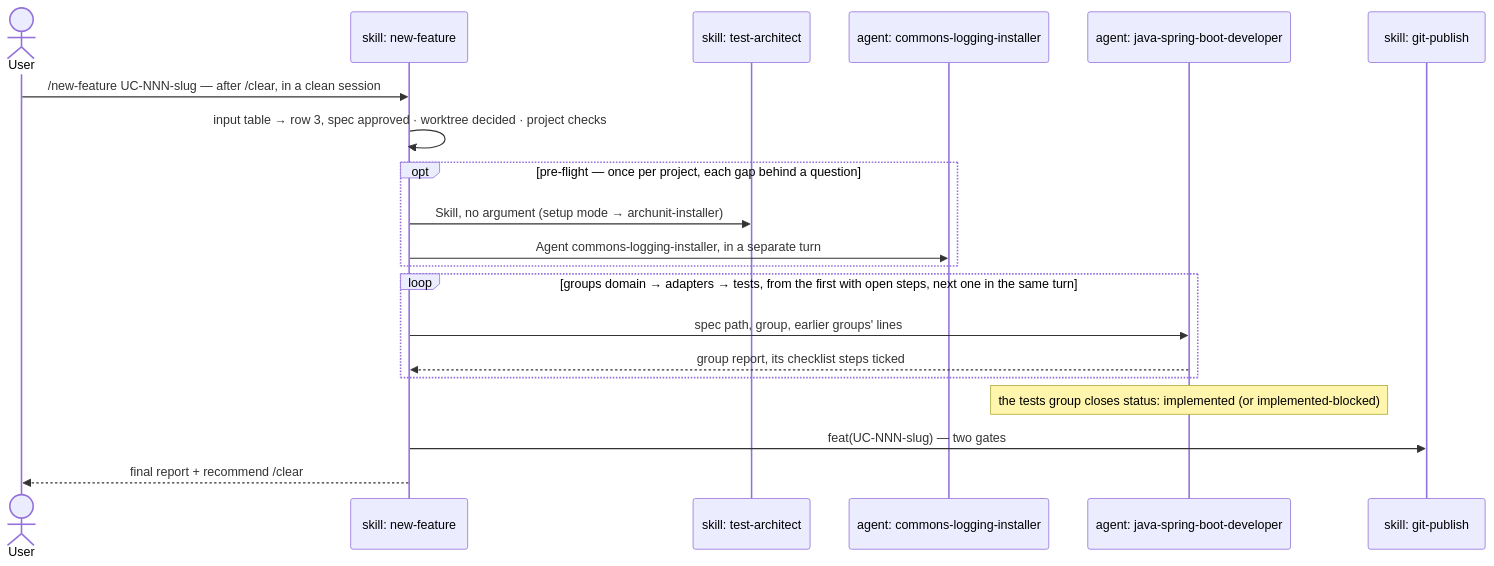
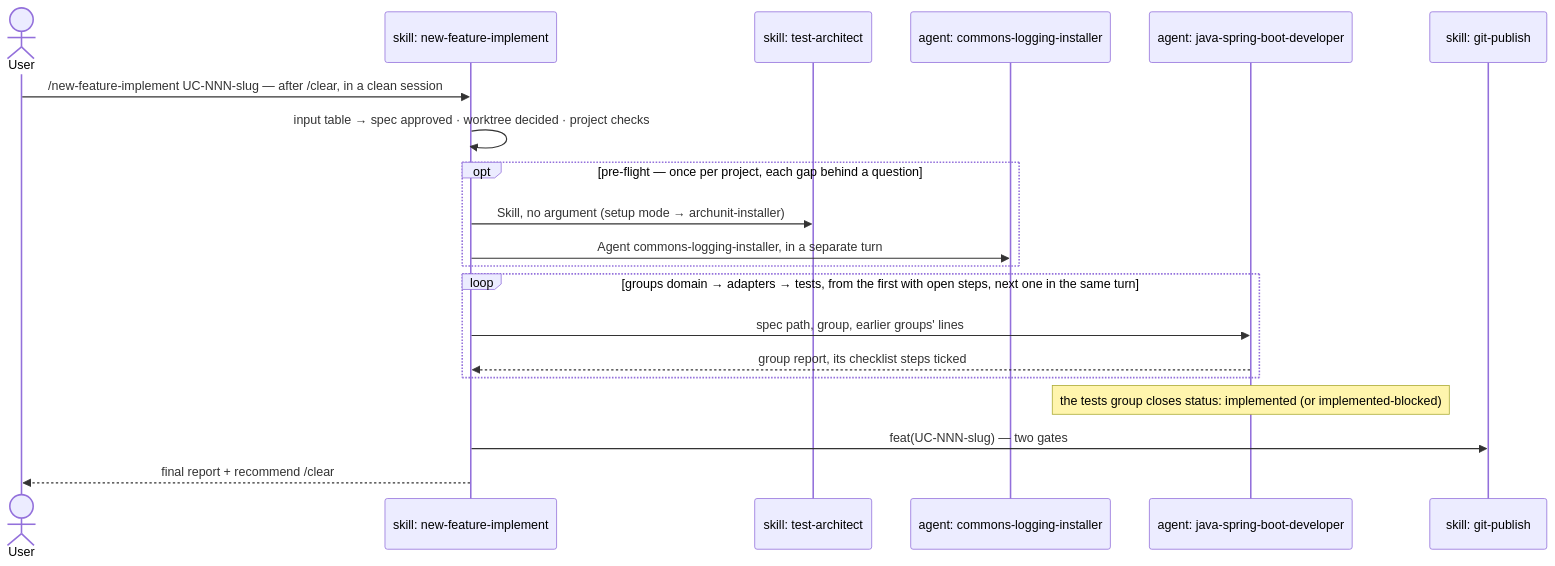
Before and after one commit to ice-lfernandes/claude-spring-architect: the second of 2 diagrams in docs/en/03-new-feature.md, drawn with Mermaid. The commit also changed other lines of this file and 48 other files, not shown here.

First line of the commit message:
feat: split the implement flow out of /new-feature into /new-feature-implement (#115)

````diff
--- a/docs/en/03-new-feature.md
+++ b/docs/en/03-new-feature.md
@@ -147,23 +150,23 @@
 ```mermaid
 sequenceDiagram
     actor U as User
-    participant NF as skill: new-feature
+    participant NFI as skill: new-feature-implement
     participant TST as skill: test-architect
     participant LOG as agent: commons-logging-installer
     participant DEV as agent: java-spring-boot-developer
     participant GIT as skill: git-publish
 
-    U->>NF: /new-feature UC-NNN-slug — after /clear, in a clean session
-    NF->>NF: input table → row 3, spec approved · worktree decided · project checks
+    U->>NFI: /new-feature-implement UC-NNN-slug — after /clear, in a clean session
+    NFI->>NFI: input table → spec approved · worktree decided · project checks
     opt pre-flight — once per project, each gap behind a question
-        NF->>TST: Skill, no argument (setup mode → archunit-installer)
-        NF->>LOG: Agent commons-logging-installer, in a separate turn
+        NFI->>TST: Skill, no argument (setup mode → archunit-installer)
+        NFI->>LOG: Agent commons-logging-installer, in a separate turn
     end
     loop groups domain → adapters → tests, from the first with open steps, next one in the same turn
-        NF->>DEV: spec path, group, earlier groups' lines
-        DEV-->>NF: group report, its checklist steps ticked
+        NFI->>DEV: spec path, group, earlier groups' lines
+        DEV-->>NFI: group report, its checklist steps ticked
     end
     Note over DEV: the tests group closes status: implemented (or implemented-blocked)
-    NF->>GIT: feat(UC-NNN-slug) — two gates
-    NF-->>U: final report + recommend /clear
+    NFI->>GIT: feat(UC-NNN-slug) — two gates
+    NFI-->>U: final report + recommend /clear
 ```
````
